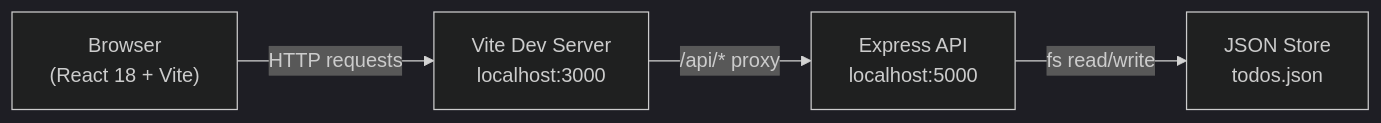
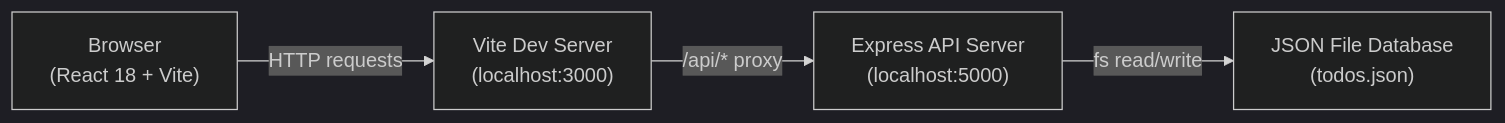
The diagram in README.md (shivakuppili06/TaskPulse), drawn with Mermaid (dark theme) before and after one commit. The commit also changed other lines of this file and 26 other files, not shown here.

````diff
--- a/README.md
+++ b/README.md
@@ -9,11 +9,11 @@
 ```mermaid
 graph LR
     A["Browser\n(React 18 + Vite)"]
-    B["Vite Dev Server\nlocalhost:3000"]
-    C["Express API\nlocalhost:5000"]
-    D["JSON Store\ntodos.json"]
+    B["Vite Dev Server\n(localhost:3000)"]
+    C["Express API Server\n(localhost:5000)"]
+    D["JSON File Database\n(todos.json)"]
 
     A -->|"HTTP requests"| B
     B -->|"/api/* proxy"| C
     C -->|"fs read/write"| D
 ```
````
